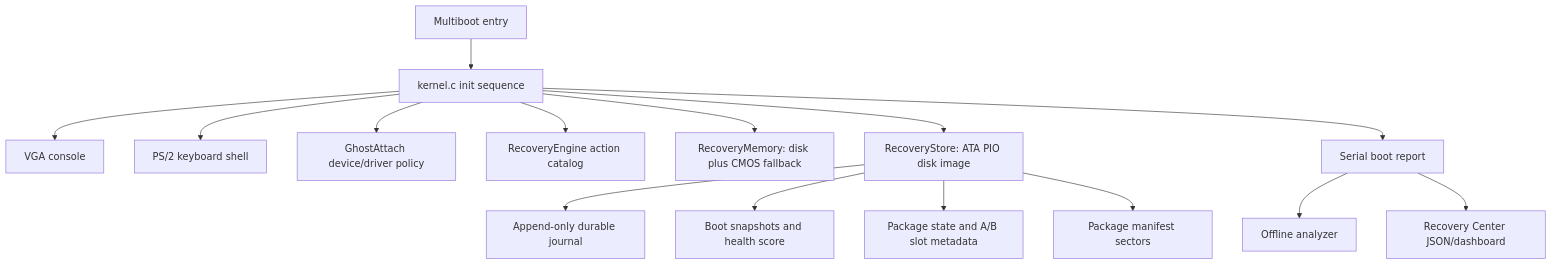
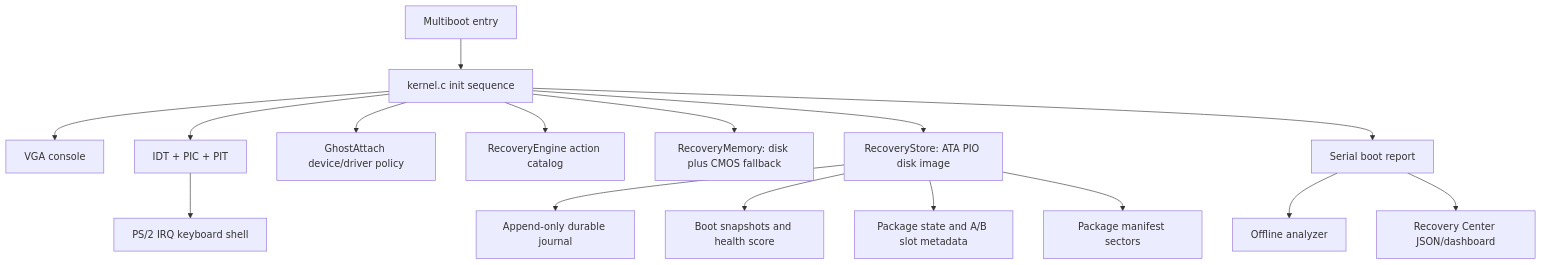
The diagram in docs/ARCHITECTURE.md (kaamikazi/kamikazeos), drawn with Mermaid before and after one commit. The commit also changed other lines of this file and 33 other files, not shown here.

````diff
--- a/docs/ARCHITECTURE.md
+++ b/docs/ARCHITECTURE.md
@@ -11,17 +11,18 @@
 ```mermaid
 flowchart TD
   Boot["Multiboot entry"] --> Kernel["kernel.c init sequence"]
   Kernel --> Console["VGA console"]
-  Kernel --> Shell["PS/2 keyboard shell"]
+  Kernel --> Interrupts["IDT + PIC + PIT"]
+  Interrupts --> Shell["PS/2 IRQ keyboard shell"]
   Kernel --> Ghost["GhostAttach device/driver policy"]
   Kernel --> Recovery["RecoveryEngine action catalog"]
   Kernel --> Memory["RecoveryMemory: disk plus CMOS fallback"]
   Kernel --> Store["RecoveryStore: ATA PIO disk image"]
   Store --> Journal["Append-only durable journal"]
   Store --> Health["Boot snapshots and health score"]
   Store --> PkgState["Package state and A/B slot metadata"]
   Store --> Manifests["Package manifest sectors"]
   Kernel --> Report["Serial boot report"]
   Report --> Analyzer["Offline analyzer"]
   Report --> Dashboard["Recovery Center JSON/dashboard"]
 ```
````
